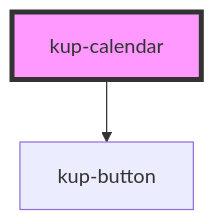
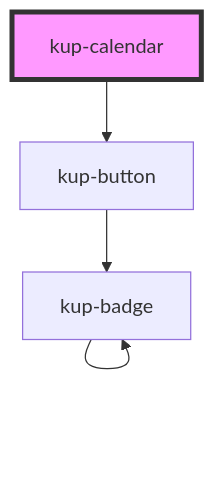
The diagram in packages/ketchup/src/components/kup-calendar/readme.md (smeup/ketchup), drawn with Mermaid before and after one commit. The commit also changed 23 other files, not shown here.

````diff
--- a/packages/ketchup/src/components/kup-calendar/readme.md
+++ b/packages/ketchup/src/components/kup-calendar/readme.md
@@ -57,5 +57,7 @@
 ```mermaid
 graph TD;
   kup-calendar --> kup-button
+  kup-button --> kup-badge
+  kup-badge --> kup-badge
   style kup-calendar fill:#f9f,stroke:#333,stroke-width:4px
 ```
````
